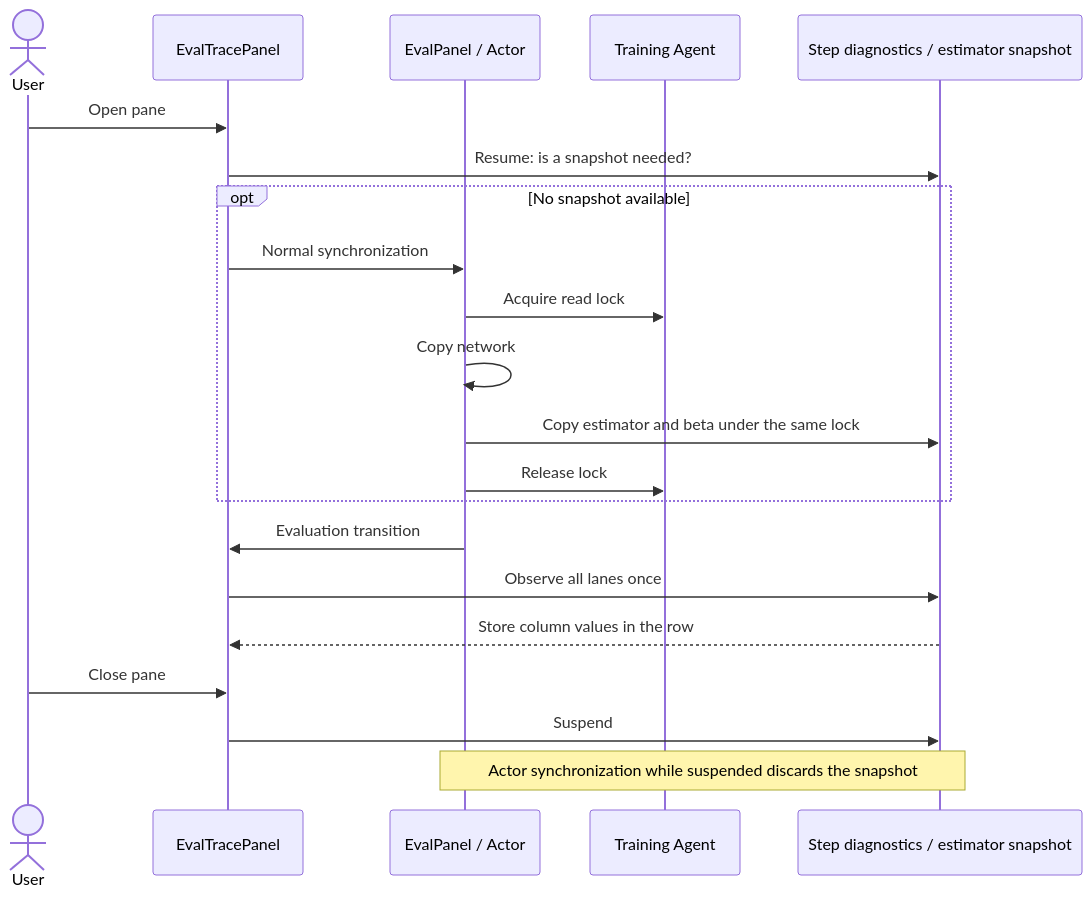
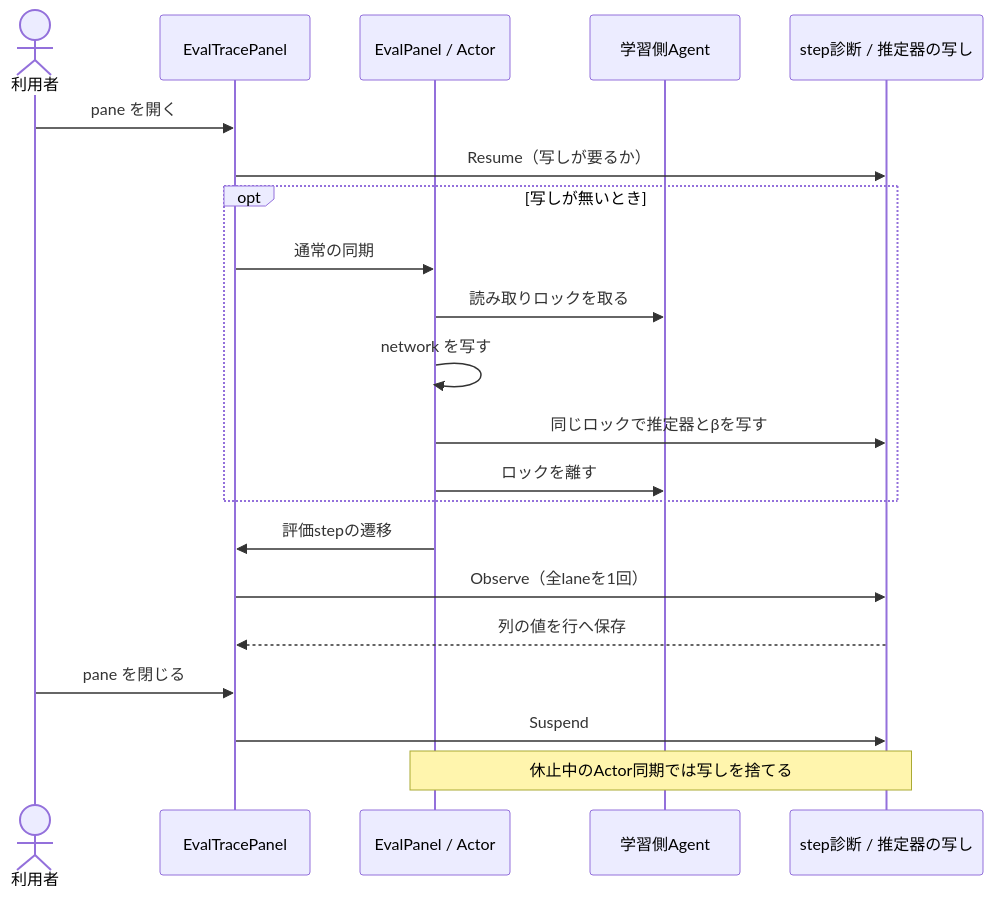
Before and after one commit to kazukin123/anet-lab: the fourth of 4 diagrams in docs/design/140_observability.en.md, drawn with Mermaid. The commit also changed other lines of this file and 59 other files, not shown here.

````diff
--- a/docs/design/140_observability.en.md
+++ b/docs/design/140_observability.en.md
@@ -189,23 +189,23 @@
 ```mermaid
 sequenceDiagram
-    actor U as User
+    actor U as 利用者
     participant T as EvalTracePanel
     participant A as EvalPanel / Actor
-    participant G as Training Agent
-    participant D as Step diagnostics / estimator snapshot
-    U->>T: Open pane
-    T->>D: Resume: is a snapshot needed?
-    opt No snapshot available
-        T->>A: Normal synchronization
-        A->>G: Acquire read lock
-        A->>A: Copy network
-        A->>D: Copy estimator and beta under the same lock
-        A->>G: Release lock
+    participant G as 学習側Agent
+    participant D as step診断 / 推定器の写し
+    U->>T: pane を開く
+    T->>D: Resume（写しが要るか）
+    opt 写しが無いとき
+        T->>A: 通常の同期
+        A->>G: 読み取りロックを取る
+        A->>A: network を写す
+        A->>D: 同じロックで推定器とβを写す
+        A->>G: ロックを離す
     end
-    A->>T: Evaluation transition
-    T->>D: Observe all lanes once
-    D-->>T: Store column values in the row
-    U->>T: Close pane
+    A->>T: 評価stepの遷移
+    T->>D: Observe（全laneを1回）
+    D-->>T: 列の値を行へ保存
+    U->>T: pane を閉じる
     T->>D: Suspend
-    Note over A,D: Actor synchronization while suspended discards the snapshot
+    Note over A,D: 休止中のActor同期では写しを捨てる
 ```
````
